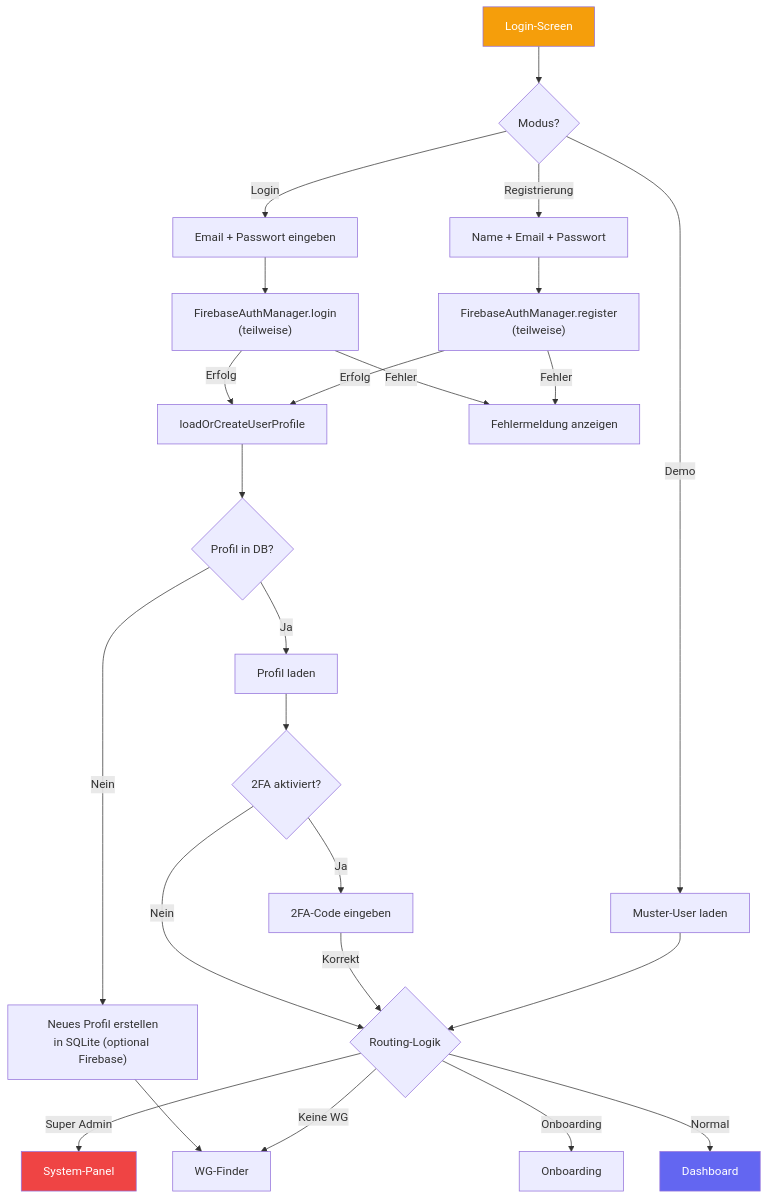
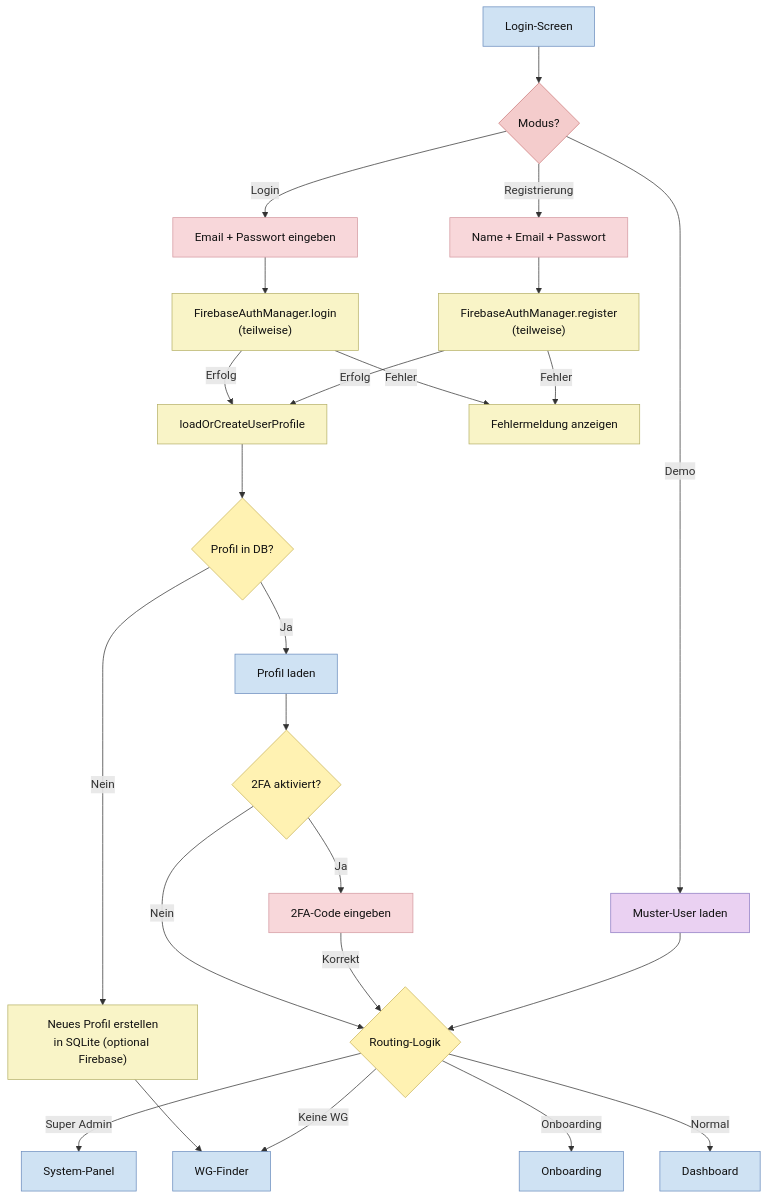
The third of 23 diagrams in ABLAUFDIAGRAMM.md (Nejy190501/WGManager), drawn with Mermaid before and after one commit. The commit also changed other lines of this file, not shown here.

````diff
--- a/ABLAUFDIAGRAMM.md
+++ b/ABLAUFDIAGRAMM.md
@@ -74,35 +116,46 @@
 ```mermaid
 flowchart TD
     A["Login-Screen"] --> B{"Modus?"}
     B -->|Login| C["Email + Passwort eingeben"]
     B -->|Registrierung| D["Name + Email + Passwort"]
     B -->|Demo| E["Muster-User laden"]
     
     C --> F["FirebaseAuthManager.login<br/>(teilweise)"]
     F -->|Erfolg| G["loadOrCreateUserProfile"]
     F -->|Fehler| H["Fehlermeldung anzeigen"]
     
     D --> I["FirebaseAuthManager.register<br/>(teilweise)"]
     I -->|Erfolg| G
     I -->|Fehler| H
     
     G --> J{"Profil in DB?"}
     J -->|Ja| K["Profil laden"]
     J -->|Nein| L["Neues Profil erstellen<br/>in SQLite (optional Firebase)"]
     
     K --> M{"2FA aktiviert?"}
     L --> N["WG-Finder"]
     M -->|Ja| O["2FA-Code eingeben"]
     M -->|Nein| P{"Routing-Logik"}
     O -->|Korrekt| P
     P -->|Super Admin| Q["System-Panel"]
     P -->|Keine WG| N
     P -->|Onboarding| R["Onboarding"]
     P -->|Normal| S["Dashboard"]
     
     E --> P
 
-    style A fill:#f59e0b,color:#fff
-    style S fill:#6366f1,color:#fff
-    style Q fill:#ef4444,color:#fff
+    classDef userAction fill:#ead1f2,stroke:#8e7cc3,color:#111;
+    classDef systemAction fill:#f9f4c7,stroke:#b7b26a,color:#111;
+    classDef userDecision fill:#f4cccc,stroke:#cc7a7a,color:#111;
+    classDef systemDecision fill:#fff2b2,stroke:#c9b458,color:#111;
+    classDef button fill:#f4a6a6,stroke:#c97b7b,color:#111;
+    classDef userInput fill:#f8d7da,stroke:#d49aa2,color:#111;
+    classDef screen fill:#cfe2f3,stroke:#6c8ebf,color:#111;
+
+    class E userAction;
+    class F,G,H,I,L systemAction;
+    class B userDecision;
+    class J,M,P systemDecision;
+    class C,D,O userInput;
+    class A,K,N,Q,R,S screen;
 ```
````
